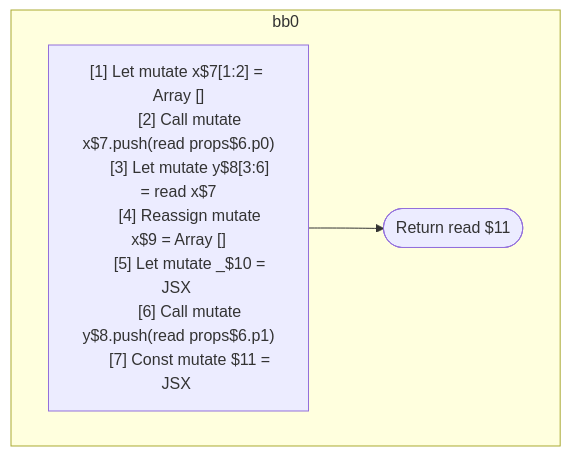
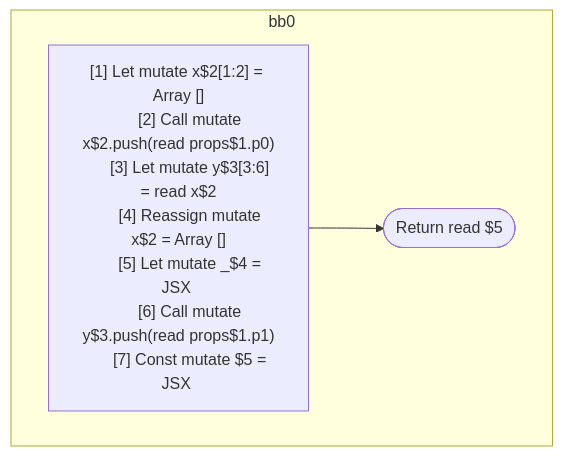
The diagram in compiler/forget/src/__tests__/fixtures/hir/reassignment.expect.md (wutsmog/private), drawn with Mermaid before and after one commit. The commit also changed other lines of this file and 57 other files, not shown here.

````diff
--- a/compiler/forget/src/__tests__/fixtures/hir/reassignment.expect.md
+++ b/compiler/forget/src/__tests__/fixtures/hir/reassignment.expect.md
@@ -36,19 +36,19 @@
 ```mermaid
 flowchart TB
   %% Basic Blocks
   subgraph bb0
     bb0_instrs["
-      [1] Let mutate x$7[1:2] = Array []
-      [2] Call mutate x$7.push(read props$6.p0)
-      [3] Let mutate y$8[3:6] = read x$7
-      [4] Reassign mutate x$9 = Array []
-      [5] Let mutate _$10 = JSX <read Component$0 x={freeze x$9} ></read Component$0>
-      [6] Call mutate y$8.push(read props$6.p1)
-      [7] Const mutate $11 = JSX <read Component$0 x={read x$9} y={freeze y$8} ></read Component$0>
+      [1] Let mutate x$2[1:2] = Array []
+      [2] Call mutate x$2.push(read props$1.p0)
+      [3] Let mutate y$3[3:6] = read x$2
+      [4] Reassign mutate x$2 = Array []
+      [5] Let mutate _$4 = JSX <read Component$0 x={freeze x$2} ></read Component$0>
+      [6] Call mutate y$3.push(read props$1.p1)
+      [7] Const mutate $5 = JSX <read Component$0 x={read x$2} y={freeze y$3} ></read Component$0>
     "]
-    bb0_instrs --> bb0_terminal(["Return read $11"])
+    bb0_instrs --> bb0_terminal(["Return read $5"])
   end
 
   %% Jumps
   %% empty
 ```
````
